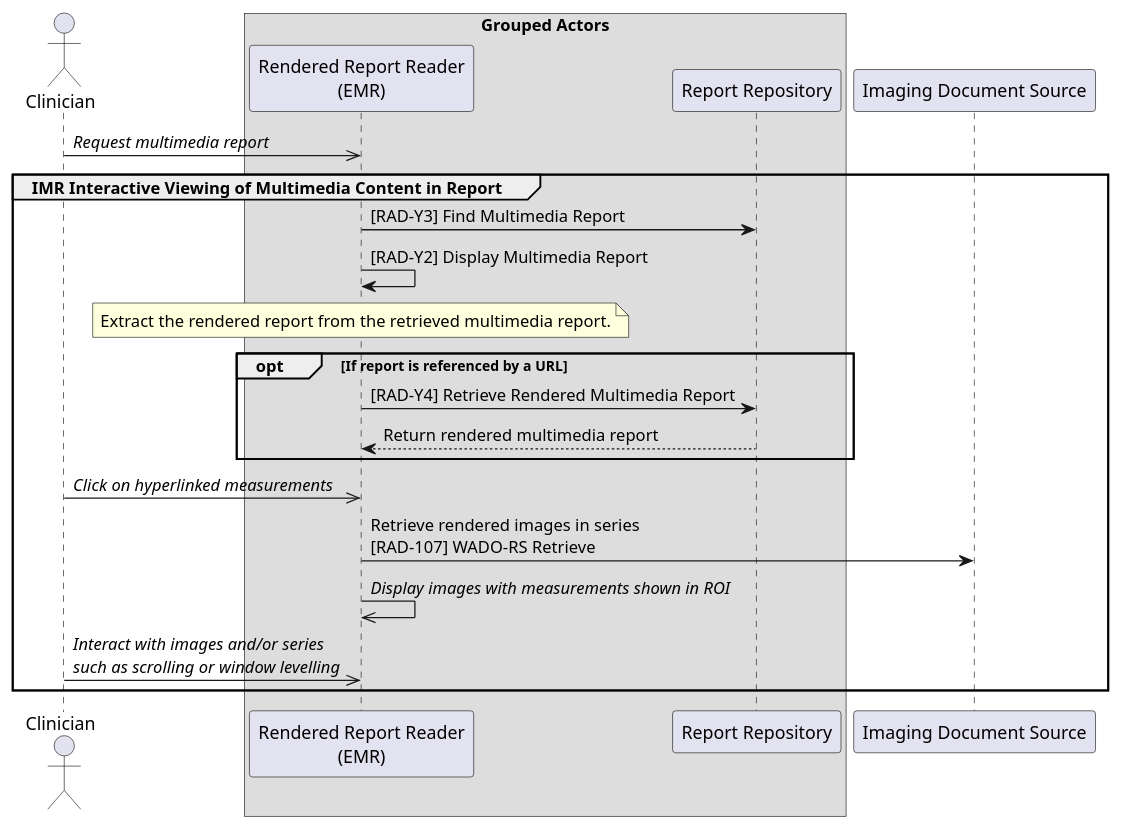
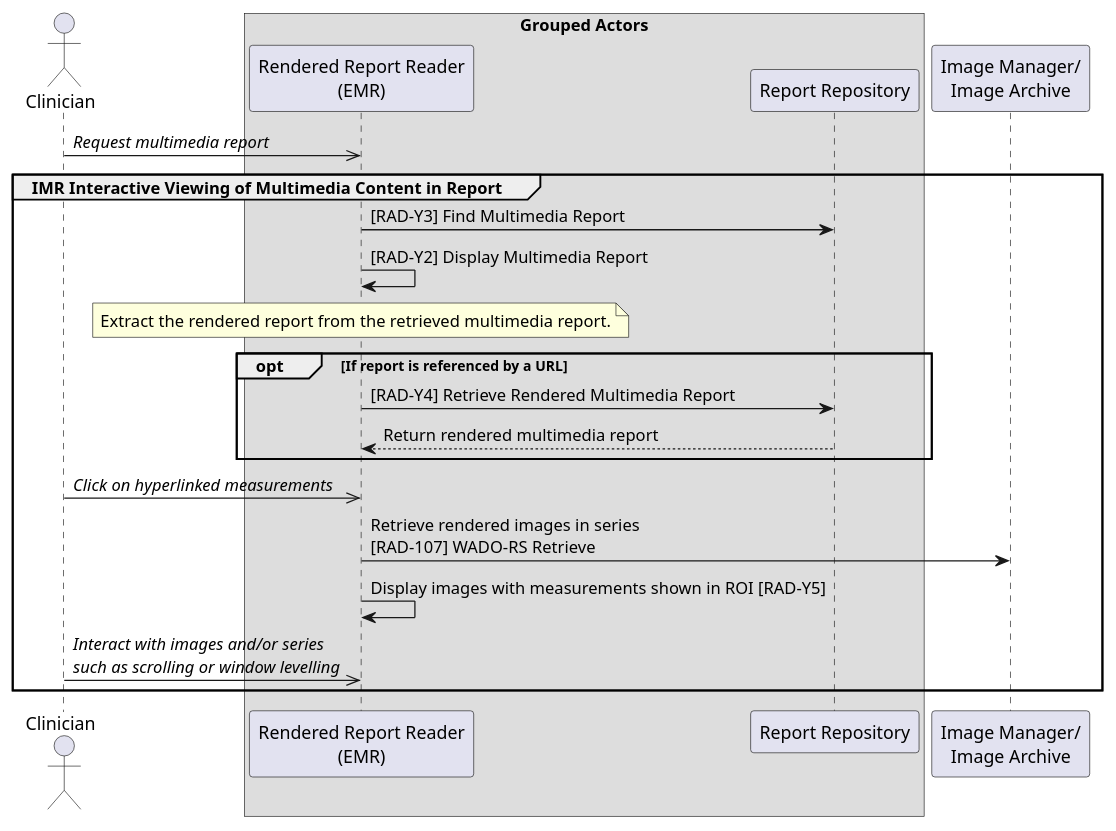
The diagram in input/images-source/uc2a-presenting-interactive-report-presentedform.plantuml (IHE/RAD.IMR), drawn with PlantUML before and after one commit. The commit also changed 3 other files, not shown here.

```diff
--- a/input/images-source/uc2a-presenting-interactive-report-presentedform.plantuml
+++ b/input/images-source/uc2a-presenting-interactive-report-presentedform.plantuml
@@ -1,34 +1,34 @@
 @startuml
 
 actor Clinician as Clinician
 
 box Grouped Actors
 participant "Rendered Report Reader\n(EMR)" as EMR
 participant "Report Repository" as Repo
 end box
 
-participant "Imaging Document Source" as Archive
+participant "Image Manager/\nImage Archive" as Archive
 
 Clinician->>EMR: //Request multimedia report//
 group IMR Interactive Viewing of Multimedia Content in Report
 EMR->Repo: [RAD-Y3] Find Multimedia Report
 EMR->EMR: [RAD-Y2] Display Multimedia Report
 note over EMR
 Extract the rendered report from the retrieved multimedia report.
 end note
 
 opt If report is referenced by a URL
 EMR->Repo: [RAD-Y4] Retrieve Rendered Multimedia Report
 Repo-->EMR: Return rendered multimedia report
 end
 
 Clinician->>EMR: //Click on hyperlinked measurements//
 
 EMR->Archive: Retrieve rendered images in series\n[RAD-107] WADO-RS Retrieve
-EMR->>EMR: //Display images with measurements shown in ROI//
+EMR->EMR: Display images with measurements shown in ROI [RAD-Y5]
 
 Clinician->>EMR: //Interact with images and/or series//\n//such as scrolling or window levelling//
 
 end
 
 @enduml
```
